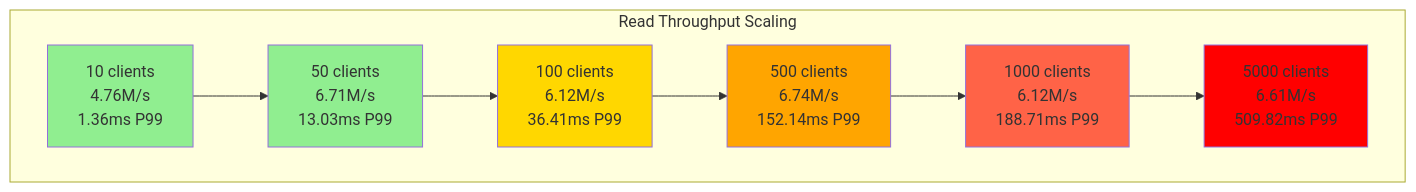
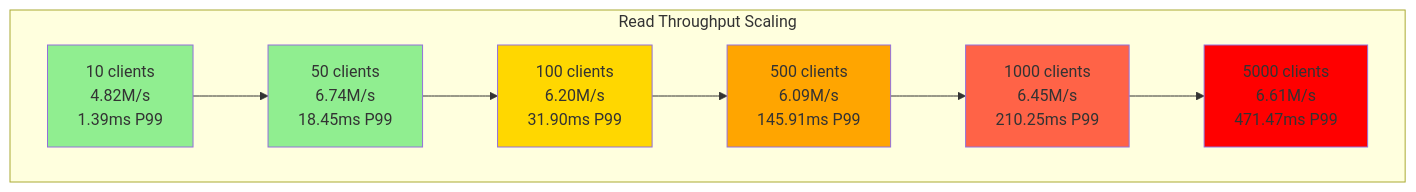
Before and after one commit to Lobarr/kv: the fifth of 7 diagrams in README.md, drawn with Mermaid. The commit also changed other lines of this file and 1 other file, not shown here.

````diff
--- a/README.md
+++ b/README.md
@@ -209,24 +209,24 @@
 ```mermaid
 graph TD
     subgraph "Read Throughput Scaling"
-        C10[10 clients<br/>4.76M/s<br/>1.36ms P99]
-        C50[50 clients<br/>6.71M/s<br/>13.03ms P99]
-        C100[100 clients<br/>6.12M/s<br/>36.41ms P99]
-        C500[500 clients<br/>6.74M/s<br/>152.14ms P99]
-        C1000[1000 clients<br/>6.12M/s<br/>188.71ms P99]
-        C5000[5000 clients<br/>6.61M/s<br/>509.82ms P99]
+        C10[10 clients<br/>4.82M/s<br/>1.39ms P99]
+        C50[50 clients<br/>6.74M/s<br/>18.45ms P99]
+        C100[100 clients<br/>6.20M/s<br/>31.90ms P99]
+        C500[500 clients<br/>6.09M/s<br/>145.91ms P99]
+        C1000[1000 clients<br/>6.45M/s<br/>210.25ms P99]
+        C5000[5000 clients<br/>6.61M/s<br/>471.47ms P99]
 
         C10 --> C50
         C50 --> C100
         C100 --> C500
         C500 --> C1000
         C1000 --> C5000
     end
 
     style C10 fill:#90EE90
     style C50 fill:#90EE90
     style C100 fill:#FFD700
     style C500 fill:#FFA500
     style C1000 fill:#FF6347
     style C5000 fill:#FF0000
 ```
````
